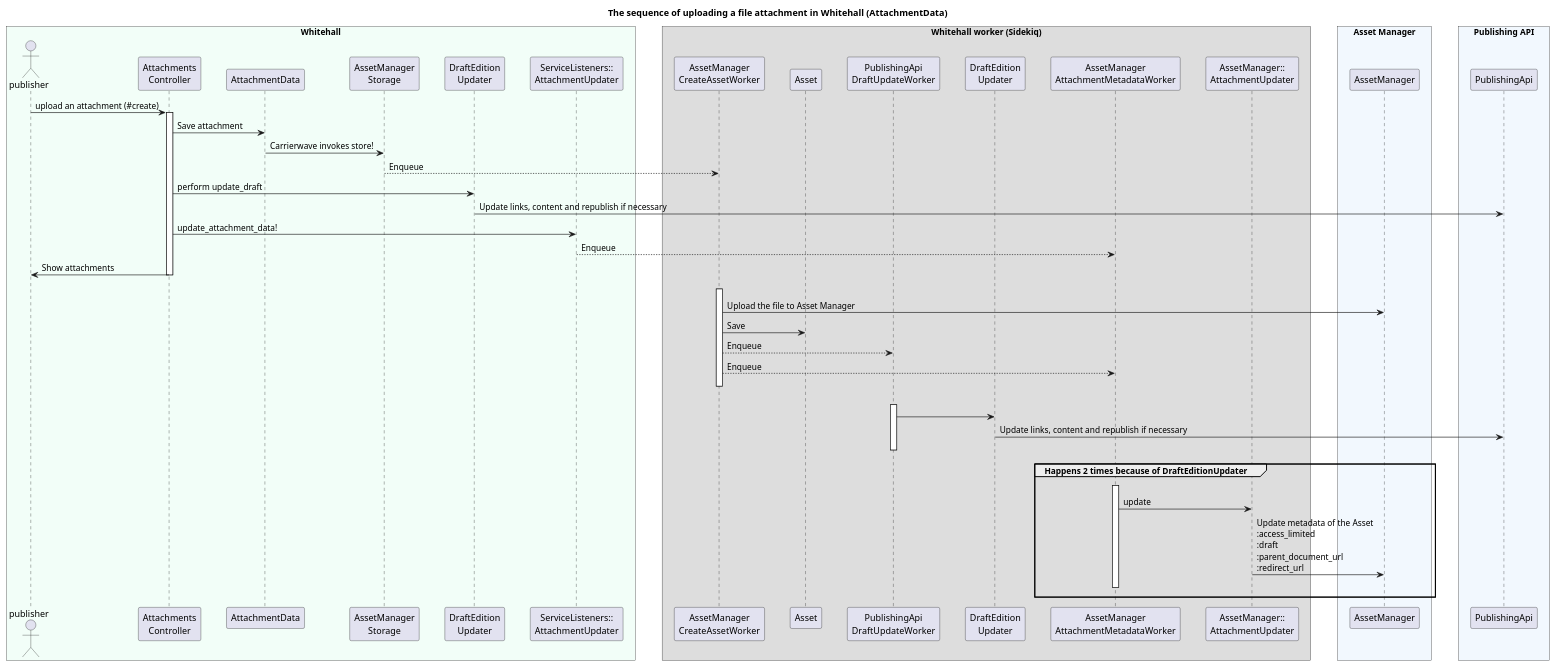
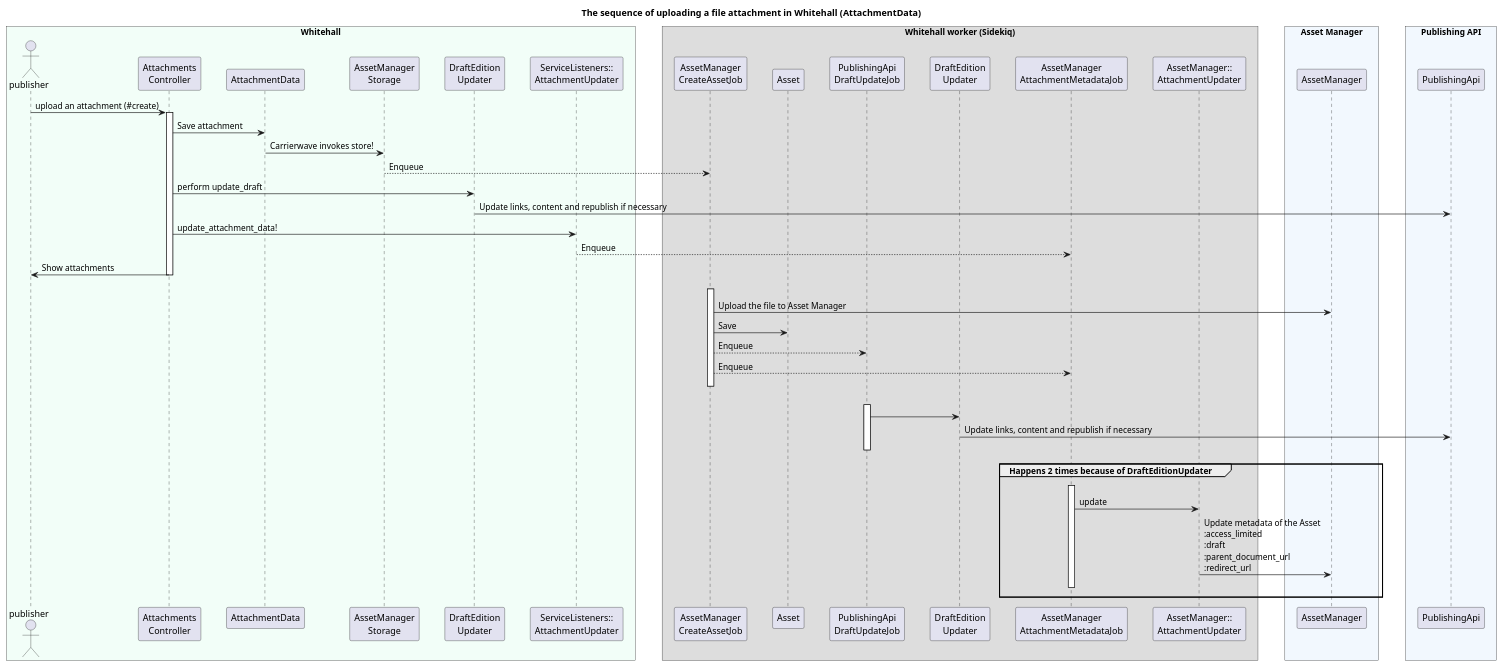
The diagram in docs/diagrams/asset_attachment_upload_flow.puml (alphagov/whitehall), drawn with PlantUML before and after one commit. The commit also changed 16 other files, not shown here.

Commit message:
Update readmes and diagrams to use new job names

```diff
--- a/docs/diagrams/asset_attachment_upload_flow.puml
+++ b/docs/diagrams/asset_attachment_upload_flow.puml
@@ -1,62 +1,62 @@
 @startuml asset_attachment_upload_flow
 
 title The sequence of uploading a file attachment in Whitehall (AttachmentData)
 skinparam BoxPadding 20
 skinparam ParticipantPadding 15
 
 box "Whitehall" #f2fef8
 actor publisher
 participant "Attachments\nController" as Controller
 participant AttachmentData
 participant "AssetManager\nStorage" as AssetManagerStorage
 participant "DraftEdition\nUpdater" as DraftEditionUpdater
 participant "ServiceListeners::\nAttachmentUpdater" as slAttachmentUpdater
 end box
 
 box Whitehall worker (Sidekiq)
-participant "AssetManager\nCreateAssetWorker" as AssetManagerCreateAssetWorker
+participant "AssetManager\nCreateAssetJob" as AssetManagerCreateAssetJob
 participant Asset
-participant "PublishingApi\nDraftUpdateWorker" as PublishingApiDraftUpdateWorker
+participant "PublishingApi\nDraftUpdateJob" as PublishingApiDraftUpdateJob
 participant "DraftEdition\nUpdater" as bgDraftEditionUpdater
-participant "AssetManager\nAttachmentMetadataWorker" as AssetManagerAttachmentMetadataWorker
+participant "AssetManager\nAttachmentMetadataJob" as AssetManagerAttachmentMetadataJob
 participant "AssetManager::\nAttachmentUpdater" as amAttachmentUpdater
 end box
 
 box "Asset Manager" #f2f8fe
 participant AssetManager
 end box
 
 box "Publishing API" #f2f8fe
 participant PublishingApi
 end box
 
 publisher -> Controller++ : upload an attachment (#create)
 Controller -> AttachmentData : Save attachment
 AttachmentData -> AssetManagerStorage : Carrierwave invokes store!
-AssetManagerStorage --> AssetManagerCreateAssetWorker : Enqueue
+AssetManagerStorage --> AssetManagerCreateAssetJob : Enqueue
 Controller -> DraftEditionUpdater : perform update_draft
 DraftEditionUpdater -> PublishingApi : Update links, content and republish if necessary
 Controller -> slAttachmentUpdater : update_attachment_data!
-slAttachmentUpdater --> AssetManagerAttachmentMetadataWorker: Enqueue
+slAttachmentUpdater --> AssetManagerAttachmentMetadataJob: Enqueue
 Controller -> publisher-- : Show attachments
 
-AssetManagerCreateAssetWorker -[hidden]> AssetManagerCreateAssetWorker++
-AssetManagerCreateAssetWorker -> AssetManager : Upload the file to Asset Manager
-AssetManagerCreateAssetWorker -> Asset: Save
-AssetManagerCreateAssetWorker --> PublishingApiDraftUpdateWorker : Enqueue
-AssetManagerCreateAssetWorker --> AssetManagerAttachmentMetadataWorker : Enqueue
-AssetManagerCreateAssetWorker -[hidden]> AssetManagerCreateAssetWorker--
+AssetManagerCreateAssetJob -[hidden]> AssetManagerCreateAssetJob++
+AssetManagerCreateAssetJob -> AssetManager : Upload the file to Asset Manager
+AssetManagerCreateAssetJob -> Asset: Save
+AssetManagerCreateAssetJob --> PublishingApiDraftUpdateJob : Enqueue
+AssetManagerCreateAssetJob --> AssetManagerAttachmentMetadataJob : Enqueue
+AssetManagerCreateAssetJob -[hidden]> AssetManagerCreateAssetJob--
 
-PublishingApiDraftUpdateWorker -[hidden]> PublishingApiDraftUpdateWorker++
-PublishingApiDraftUpdateWorker -> bgDraftEditionUpdater
+PublishingApiDraftUpdateJob -[hidden]> PublishingApiDraftUpdateJob++
+PublishingApiDraftUpdateJob -> bgDraftEditionUpdater
 bgDraftEditionUpdater -> PublishingApi : Update links, content and republish if necessary
-PublishingApiDraftUpdateWorker -[hidden]> PublishingApiDraftUpdateWorker--
+PublishingApiDraftUpdateJob -[hidden]> PublishingApiDraftUpdateJob--
 
 group Happens 2 times because of DraftEditionUpdater
-  AssetManagerAttachmentMetadataWorker -[hidden]> AssetManagerAttachmentMetadataWorker++
-  AssetManagerAttachmentMetadataWorker -> amAttachmentUpdater : update
+  AssetManagerAttachmentMetadataJob -[hidden]> AssetManagerAttachmentMetadataJob++
+  AssetManagerAttachmentMetadataJob -> amAttachmentUpdater : update
   amAttachmentUpdater -> AssetManager: Update metadata of the Asset\n:access_limited\n:draft\n:parent_document_url\n:redirect_url
-  AssetManagerAttachmentMetadataWorker -[hidden]> AssetManagerAttachmentMetadataWorker--
+  AssetManagerAttachmentMetadataJob -[hidden]> AssetManagerAttachmentMetadataJob--
 end group
 
 @enduml
```
